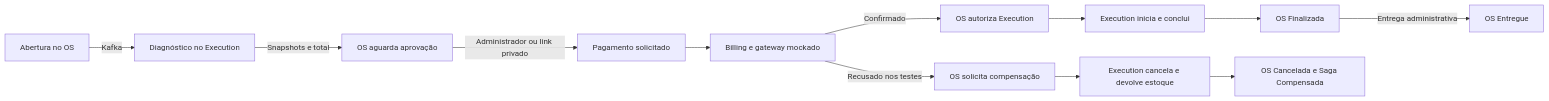
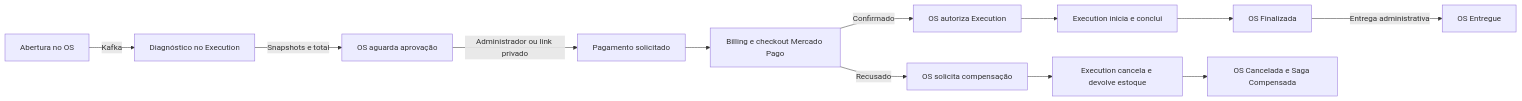
One commit to Maieru/fiap-tech-challenge changed the diagram in docs/arquitetura/estado-da-migracao.md. Above: the diagram before and after it, drawn with Mermaid. The commit also changed other lines of this file and 12 other files, not shown here.

Commit message:
Implementação inicial de integração com mercado pago

````diff
--- a/docs/arquitetura/estado-da-migracao.md
+++ b/docs/arquitetura/estado-da-migracao.md
@@ -21,14 +23,14 @@
 ```mermaid
 flowchart LR
     A[Abertura no OS] -->|Kafka| B[Diagnóstico no Execution]
     B -->|Snapshots e total| C[OS aguarda aprovação]
     C -->|Administrador ou link privado| D[Pagamento solicitado]
-    D --> E[Billing e gateway mockado]
+    D --> E[Billing e checkout Mercado Pago]
     E -->|Confirmado| F[OS autoriza Execution]
     F --> G[Execution inicia e conclui]
     G --> H[OS Finalizada]
     H -->|Entrega administrativa| I[OS Entregue]
-    E -->|Recusado nos testes| J[OS solicita compensação]
+    E -->|Recusado| J[OS solicita compensação]
     J --> K[Execution cancela e devolve estoque]
     K --> L[OS Cancelada e Saga Compensada]
 ```
````
